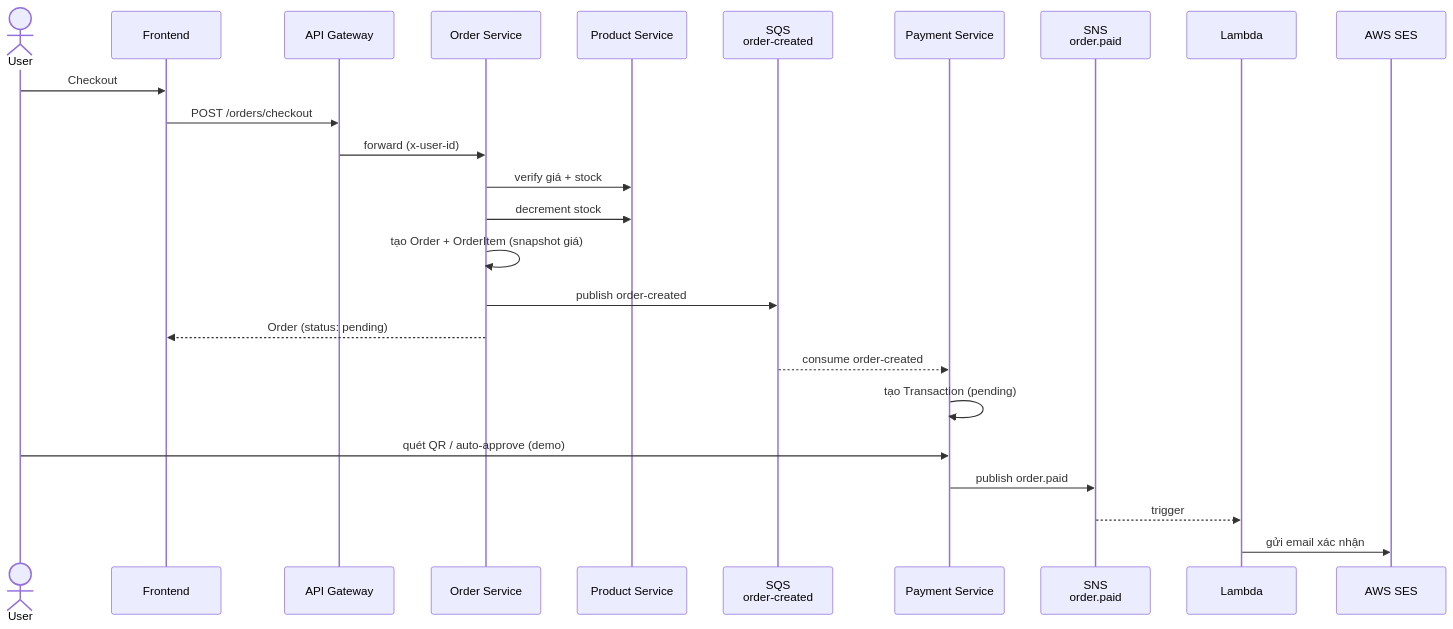
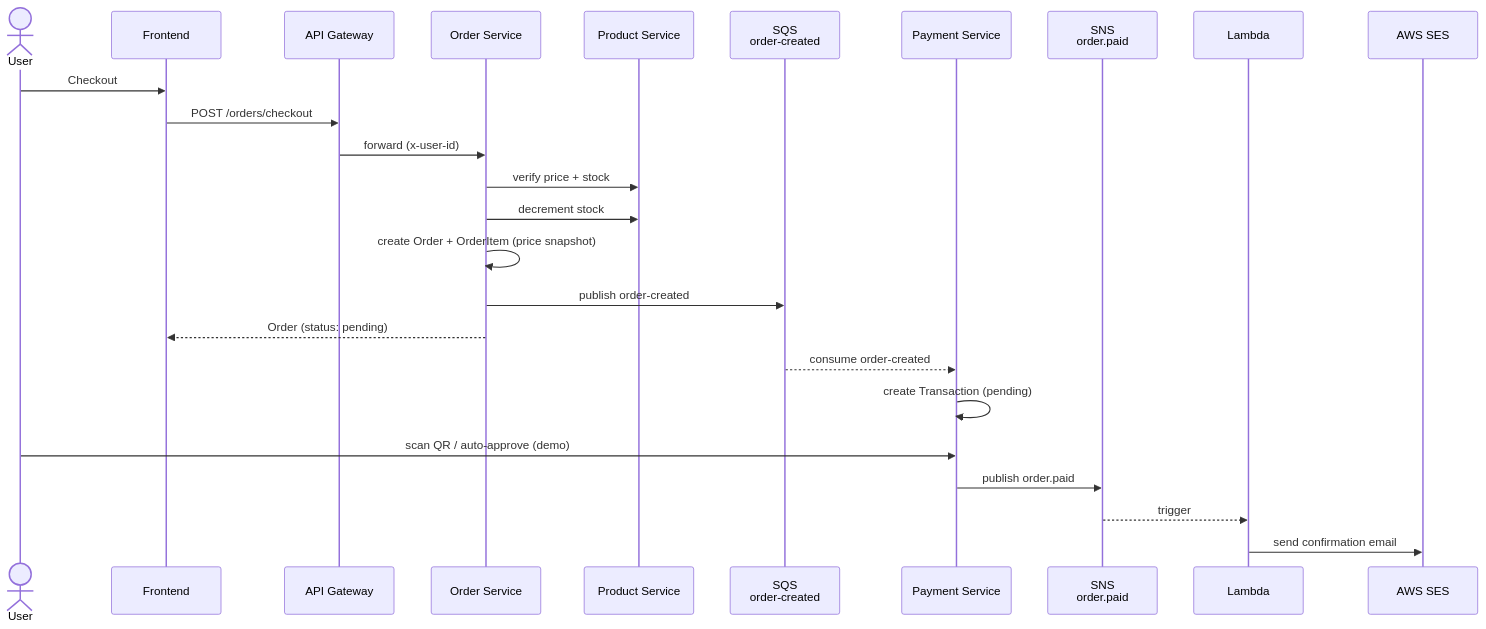
The second of 4 diagrams in README.md (nguyenkdy/DevSecOps_Project), drawn with Mermaid before and after one commit. The commit also changed other lines of this file, not shown here.

````diff
--- a/README.md
+++ b/README.md
@@ -77,29 +77,29 @@
 ```mermaid
 sequenceDiagram
     actor U as User
     participant FE as Frontend
     participant GW as API Gateway
     participant OS as Order Service
     participant PS as Product Service
     participant SQS as SQS<br/>order-created
     participant PAY as Payment Service
     participant SNS as SNS<br/>order.paid
     participant L as Lambda
     participant SES as AWS SES
 
     U->>FE: Checkout
     FE->>GW: POST /orders/checkout
     GW->>OS: forward (x-user-id)
-    OS->>PS: verify giá + stock
+    OS->>PS: verify price + stock
     OS->>PS: decrement stock
-    OS->>OS: tạo Order + OrderItem (snapshot giá)
+    OS->>OS: create Order + OrderItem (price snapshot)
     OS->>SQS: publish order-created
     OS-->>FE: Order (status: pending)
 
     SQS-->>PAY: consume order-created
-    PAY->>PAY: tạo Transaction (pending)
-    U->>PAY: quét QR / auto-approve (demo)
+    PAY->>PAY: create Transaction (pending)
+    U->>PAY: scan QR / auto-approve (demo)
     PAY->>SNS: publish order.paid
     SNS-->>L: trigger
-    L->>SES: gửi email xác nhận
+    L->>SES: send confirmation email
 ```
````
